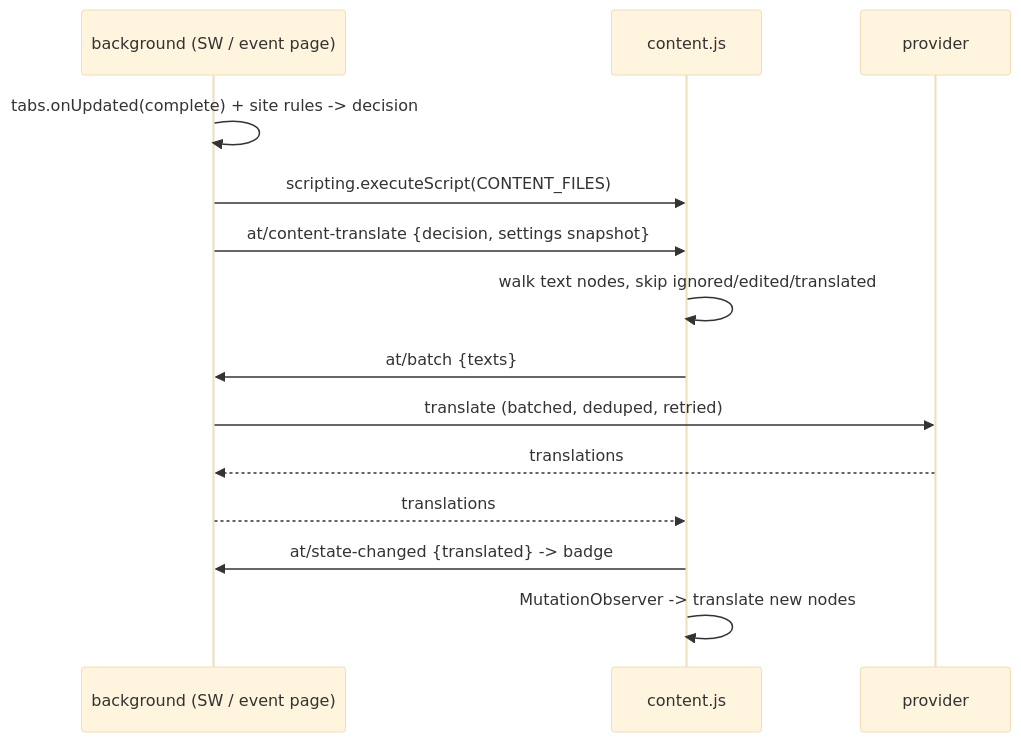
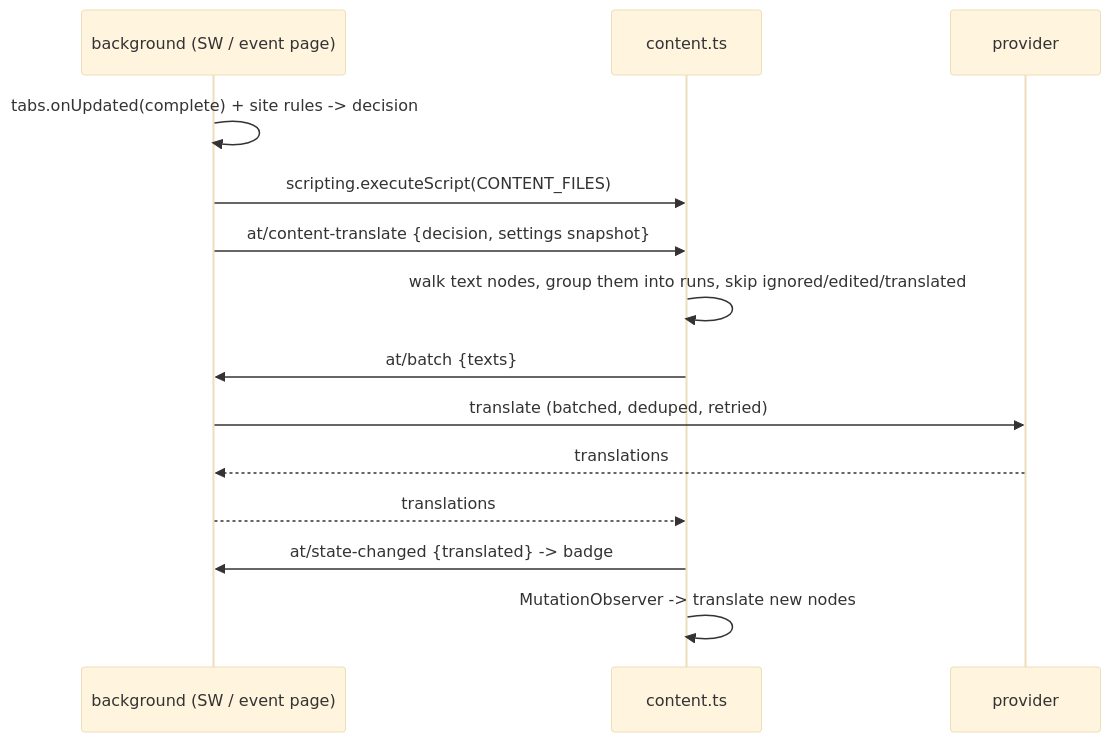
The diagram in README.md (hanana-kick/Autotranslate), drawn with Mermaid (base theme) before and after one commit. The commit also changed other lines of this file and 83 other files, not shown here.

````diff
--- a/README.md
+++ b/README.md
@@ -82,16 +132,16 @@
 ```mermaid
 sequenceDiagram
   participant BG as background (SW / event page)
-  participant CS as content.js
+  participant CS as content.ts
   participant PV as provider
   BG->>BG: tabs.onUpdated(complete) + site rules -> decision
   BG->>CS: scripting.executeScript(CONTENT_FILES)
   BG->>CS: at/content-translate {decision, settings snapshot}
-  CS->>CS: walk text nodes, skip ignored/edited/translated
+  CS->>CS: walk text nodes, group them into runs, skip ignored/edited/translated
   CS->>BG: at/batch {texts}
   BG->>PV: translate (batched, deduped, retried)
   PV-->>BG: translations
   BG-->>CS: translations
   CS->>BG: at/state-changed {translated} -> badge
   CS->>CS: MutationObserver -> translate new nodes
 ```
````
